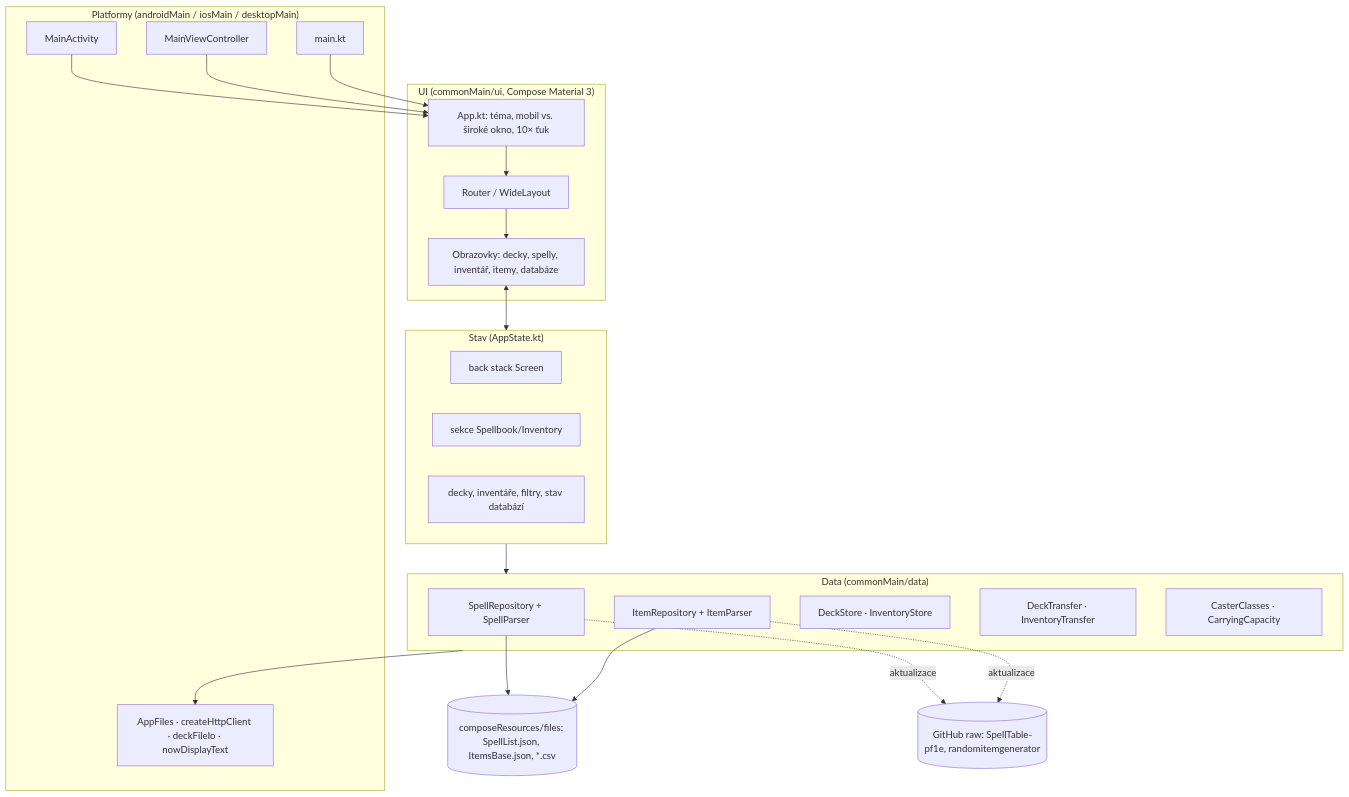
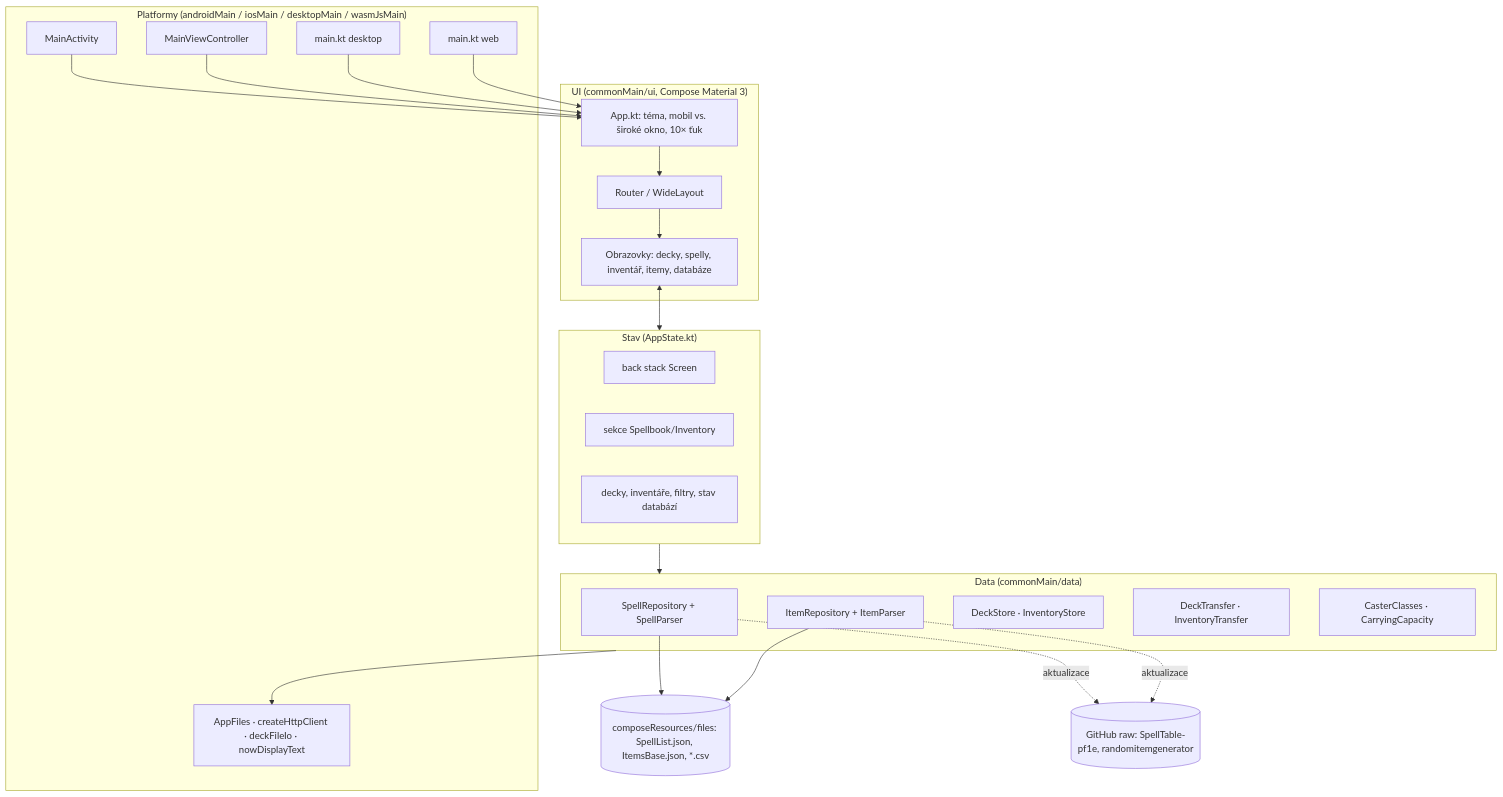
One commit to DejvHeHe/pathfinder-mobile-app changed the diagram in docs/architecture.md. Above: the diagram before and after it, drawn with Mermaid. The commit also changed other lines of this file and 15 other files, not shown here.

````diff
--- a/docs/architecture.md
+++ b/docs/architecture.md
@@ -9,25 +9,25 @@
 ```mermaid
 flowchart TB
-  subgraph Platform["Platformy (androidMain / iosMain / desktopMain)"]
-    MA[MainActivity] & MVC[MainViewController] & MAIN[main.kt]
+  subgraph Platform["Platformy (androidMain / iosMain / desktopMain / wasmJsMain)"]
+    MA[MainActivity] & MVC[MainViewController] & MAIN[main.kt desktop] & WEB[main.kt web]
     PF["AppFiles · createHttpClient · deckFileIo · nowDisplayText"]
   end
   subgraph UI["UI (commonMain/ui, Compose Material 3)"]
     APP[App.kt: téma, mobil vs. široké okno, 10× ťuk] --> ROUTER[Router / WideLayout]
     ROUTER --> SCREENS[Obrazovky: decky, spelly, inventář, itemy, databáze]
   end
   subgraph STATE["Stav (AppState.kt)"]
     NAV[back stack Screen] & SEC[sekce Spellbook/Inventory] & ST[decky, inventáře, filtry, stav databází]
   end
   subgraph DATA["Data (commonMain/data)"]
     SR[SpellRepository + SpellParser] & IR[ItemRepository + ItemParser] & STORE[DeckStore · InventoryStore] & TR[DeckTransfer · InventoryTransfer] & RULES[CasterClasses · CarryingCapacity]
   end
   RES[(composeResources/files: SpellList.json, ItemsBase.json, *.csv)]
   NET[(GitHub raw: SpellTable-pf1e, randomitemgenerator)]
-  MA & MVC & MAIN --> APP
+  MA & MVC & MAIN & WEB --> APP
   SCREENS <--> STATE
   STATE --> DATA
   SR & IR --> RES
   SR & IR -. aktualizace .-> NET
   DATA --> PF
 ```
````
